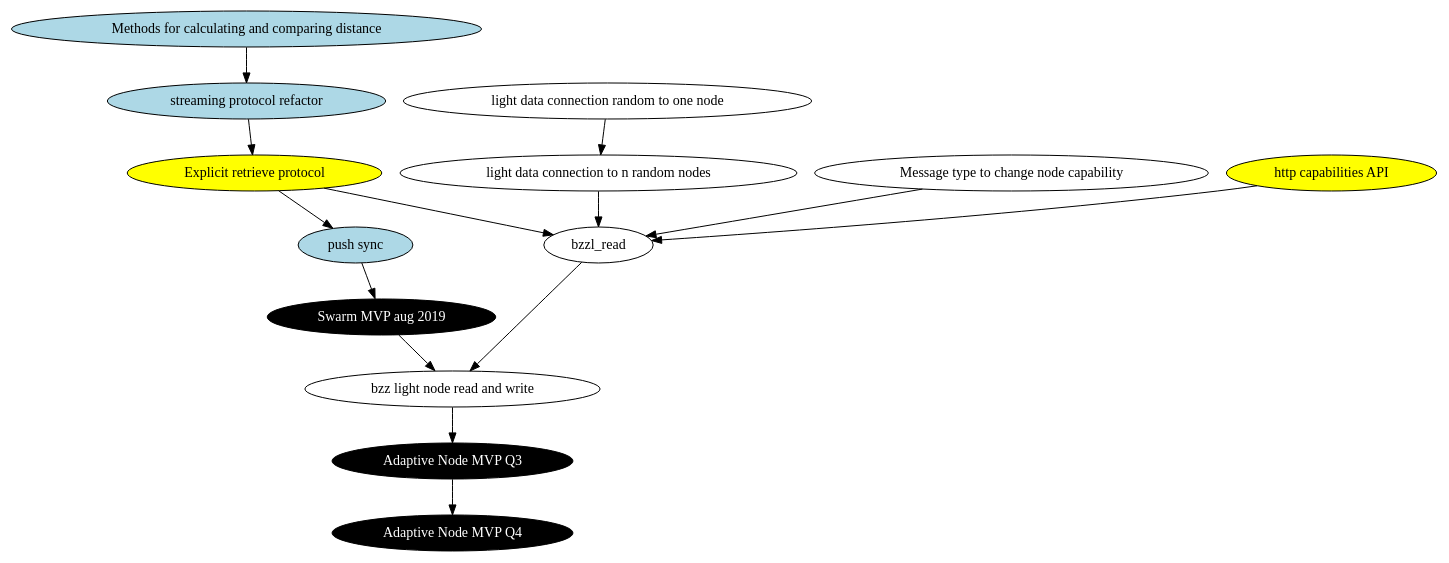
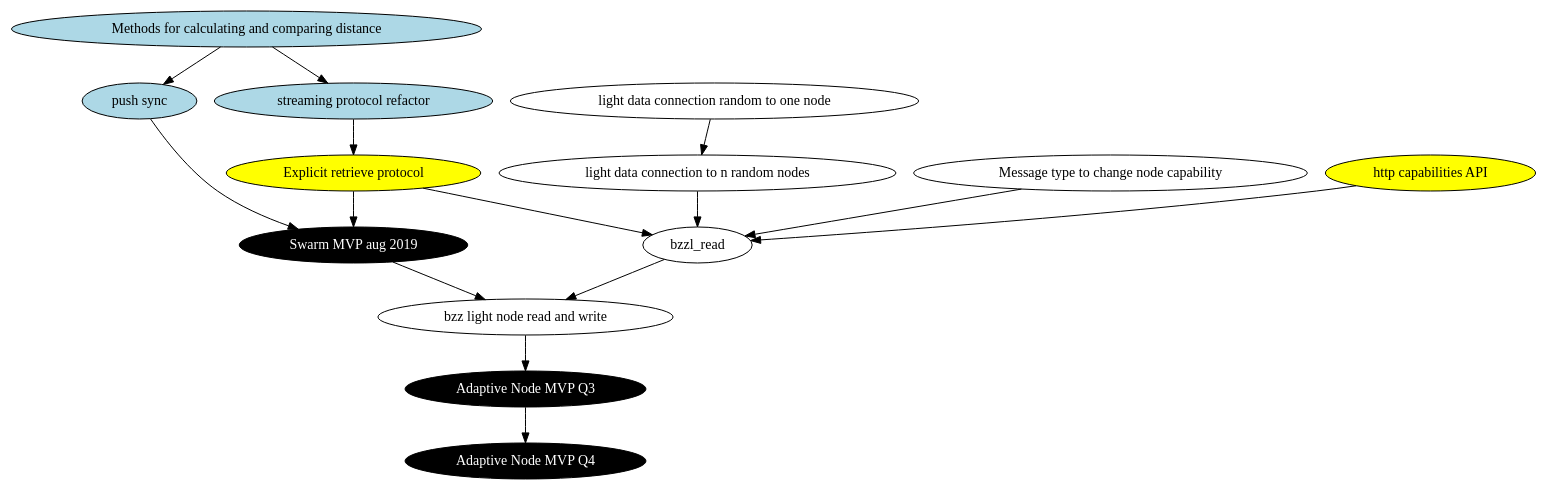
One commit to nolash/swarm-adaptive-node changed the diagram in bzzdep.dot. Above: the diagram before and after it, drawn with Graphviz. The commit also changed 1 other file, not shown here.

```diff
--- a/bzzdep.dot
+++ b/bzzdep.dot
@@ -1,24 +1,25 @@
 digraph {
 	distance_core [label="Methods for calculating and comparing distance",style="filled",fillcolor="lightblue"]
 	streaming_proto [label="streaming protocol refactor",style="filled",fillcolor="lightblue"]
 	retrieve_proto [label="Explicit retrieve protocol",style="filled",fillcolor="yellow"]
 	pushsync [label="push sync",style="filled",fillcolor="lightblue"]
 	bzzl_readwrite [label="bzz light node read and write"]
 	hive_random_simple [label="light data connection random to one node"]
 	hive_random_redundant [label="light data connection to n random nodes"]
 	discovery_caps [label="Message type to change node capability"]
 	httpcaps [label="http capabilities API",style="filled",fillcolor="yellow"]
 
 	mvp_aug [label="Swarm MVP aug 2019",style="filled",fillcolor="black",fontcolor="white"]
 	mvp_q3 [label="Adaptive Node MVP Q3",style="filled",fillcolor="black",fontcolor="white"]
 	mvp_q4 [label="Adaptive Node MVP Q4",style="filled",fillcolor="black",fontcolor="white"]
 
 
-	distance_core -> streaming_proto -> retrieve_proto -> pushsync -> mvp_aug
+	distance_core -> streaming_proto -> retrieve_proto -> mvp_aug
+	distance_core -> pushsync -> mvp_aug
 	retrieve_proto -> bzzl_read
 	hive_random_simple -> hive_random_redundant -> bzzl_read -> bzzl_readwrite
 	discovery_caps -> bzzl_read
 	httpcaps -> bzzl_read
 
 	mvp_aug -> bzzl_readwrite -> mvp_q3 -> mvp_q4
 }
```
